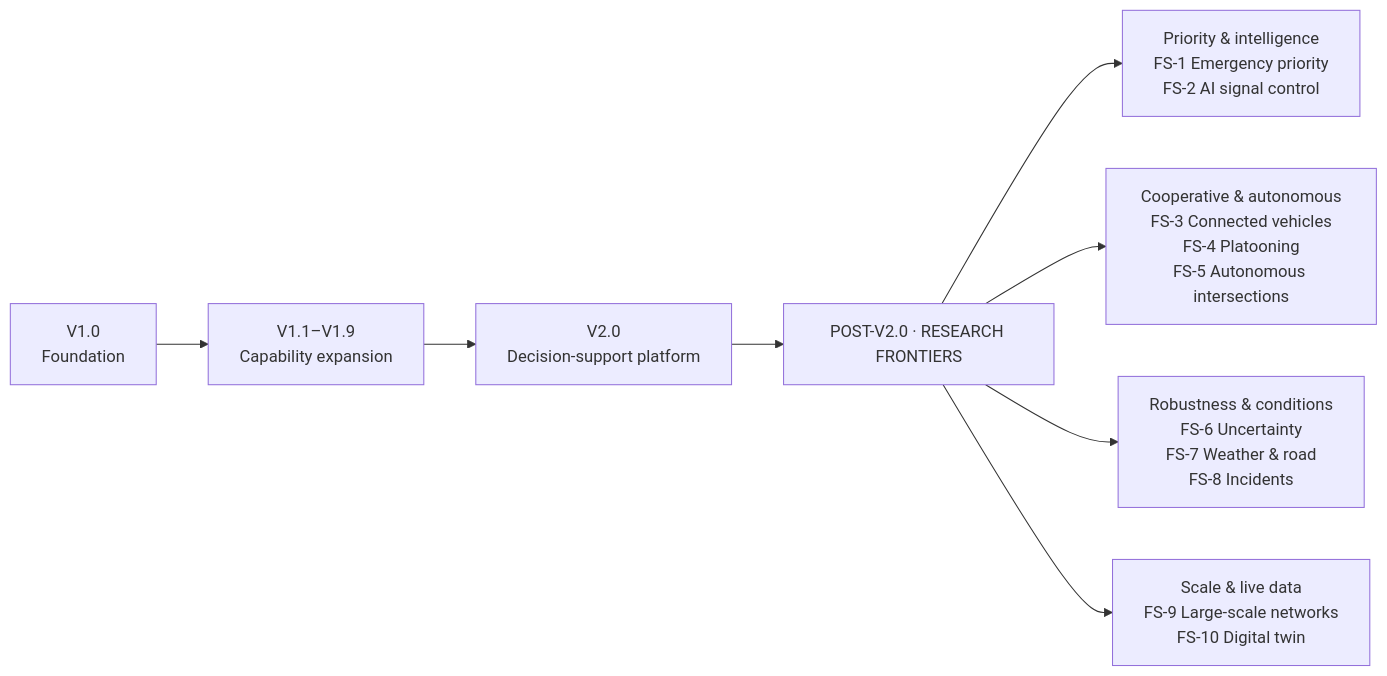
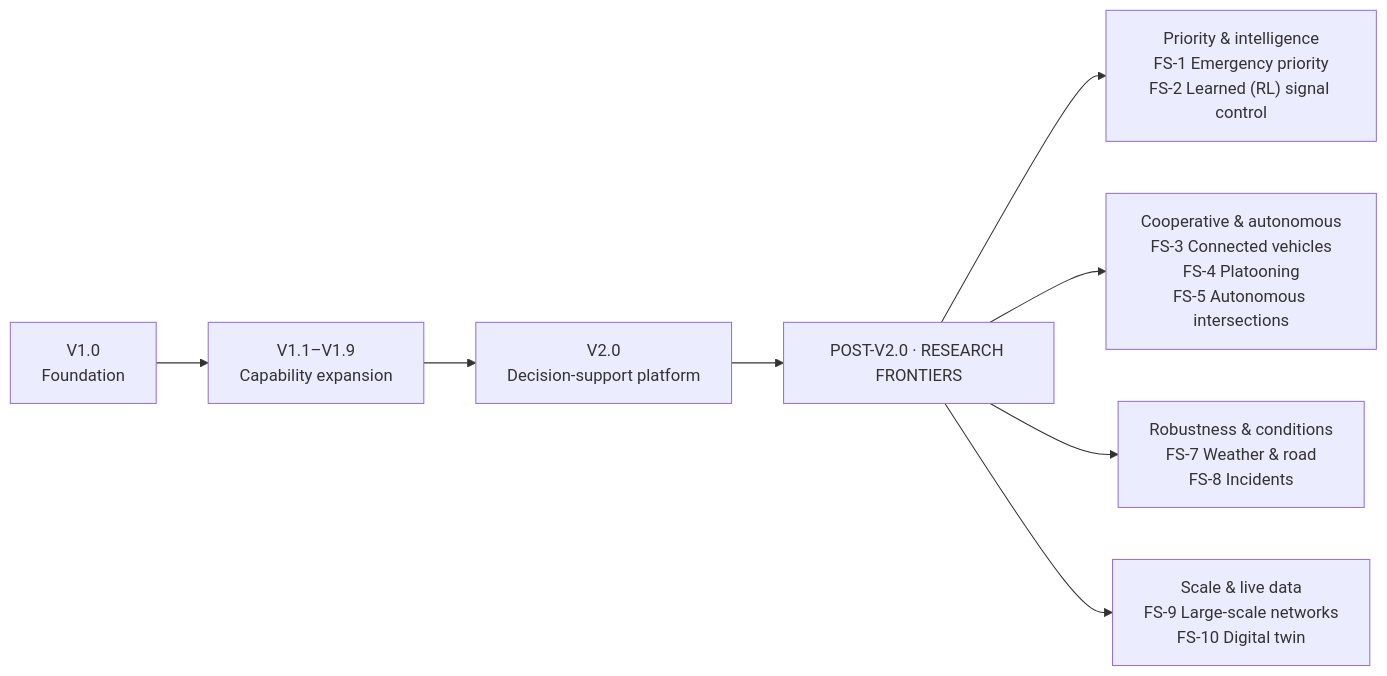
Before and after one commit to Viraj281105/Traffic-Simulation: the diagram in docs/future-scope/future_scope.md, drawn with Mermaid. The commit also changed other lines of this file and 5 other files, not shown here.

First line of the commit message:
docs: sync ROADMAP, Future Scope and indexes with the proposed V3.0 plan

````diff
--- a/docs/future-scope/future_scope.md
+++ b/docs/future-scope/future_scope.md
@@ -7,9 +7,9 @@
 ```mermaid
 flowchart LR
     V10["V1.0<br/>Foundation"] --> V1X["V1.1–V1.9<br/>Capability expansion"] --> V20["V2.0<br/>Decision-support platform"]
     V20 --> FS["POST-V2.0 · RESEARCH FRONTIERS"]
-    FS --> A["Priority & intelligence<br/>FS-1 Emergency priority<br/>FS-2 AI signal control"]
+    FS --> A["Priority & intelligence<br/>FS-1 Emergency priority<br/>FS-2 Learned (RL) signal control"]
     FS --> B["Cooperative & autonomous<br/>FS-3 Connected vehicles<br/>FS-4 Platooning<br/>FS-5 Autonomous intersections"]
-    FS --> C["Robustness & conditions<br/>FS-6 Uncertainty<br/>FS-7 Weather & road<br/>FS-8 Incidents"]
+    FS --> C["Robustness & conditions<br/>FS-7 Weather & road<br/>FS-8 Incidents"]
     FS --> D["Scale & live data<br/>FS-9 Large-scale networks<br/>FS-10 Digital twin"]
 ```
````
